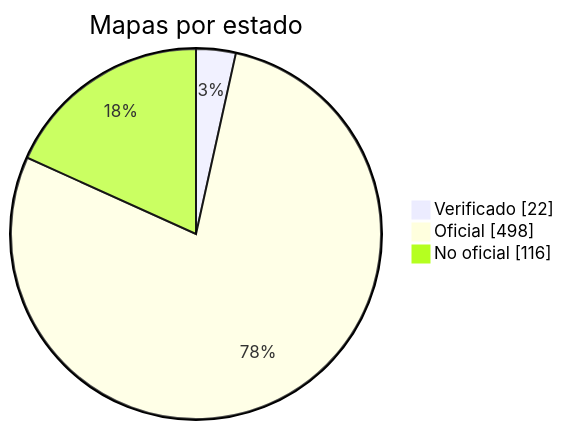
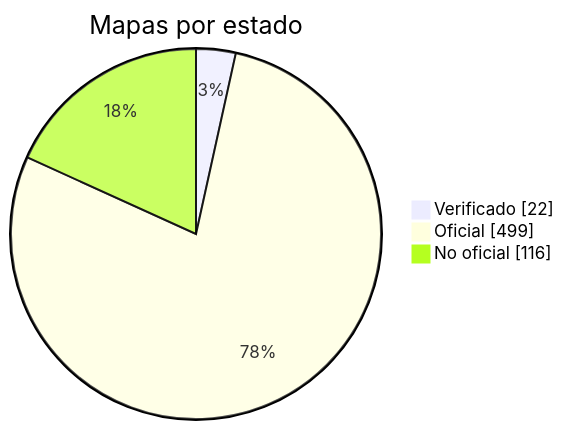
One commit to nobrega8/mbmap-library changed the diagram in docs/readme/README_ES.md. Above: the diagram before and after it, drawn with Mermaid. The commit also changed 6 other files, not shown here.

````diff
--- a/docs/readme/README_ES.md
+++ b/docs/readme/README_ES.md
@@ -54,7 +54,7 @@
 ```mermaid
 pie showData
     title Mapas por estado
     "Verificado" : 22
-    "Oficial" : 498
+    "Oficial" : 499
     "No oficial" : 116
 ```
````
